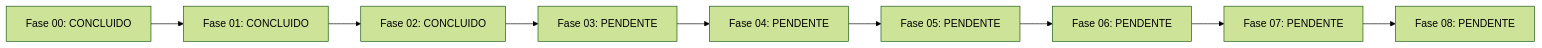
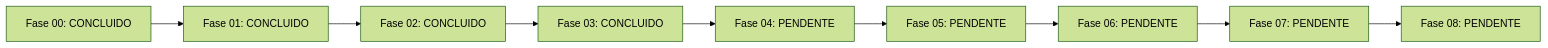
Before and after one commit to jhsfhtls/semantic-bi-nl2sql-gateway: the diagram in JORNADA_IMPLEMENTACAO.md, drawn with Mermaid (forest theme). The commit also changed other lines of this file and 18 other files, not shown here.

````diff
--- a/JORNADA_IMPLEMENTACAO.md
+++ b/JORNADA_IMPLEMENTACAO.md
@@ -19,20 +19,20 @@
 ```mermaid
 flowchart LR
     F00["Fase 00: CONCLUIDO"]
     F01["Fase 01: CONCLUIDO"]
     F00 --> F01
     F02["Fase 02: CONCLUIDO"]
     F01 --> F02
-    F03["Fase 03: PENDENTE"]
+    F03["Fase 03: CONCLUIDO"]
     F02 --> F03
     F04["Fase 04: PENDENTE"]
     F03 --> F04
     F05["Fase 05: PENDENTE"]
     F04 --> F05
     F06["Fase 06: PENDENTE"]
     F05 --> F06
     F07["Fase 07: PENDENTE"]
     F06 --> F07
     F08["Fase 08: PENDENTE"]
     F07 --> F08
 ```
````
